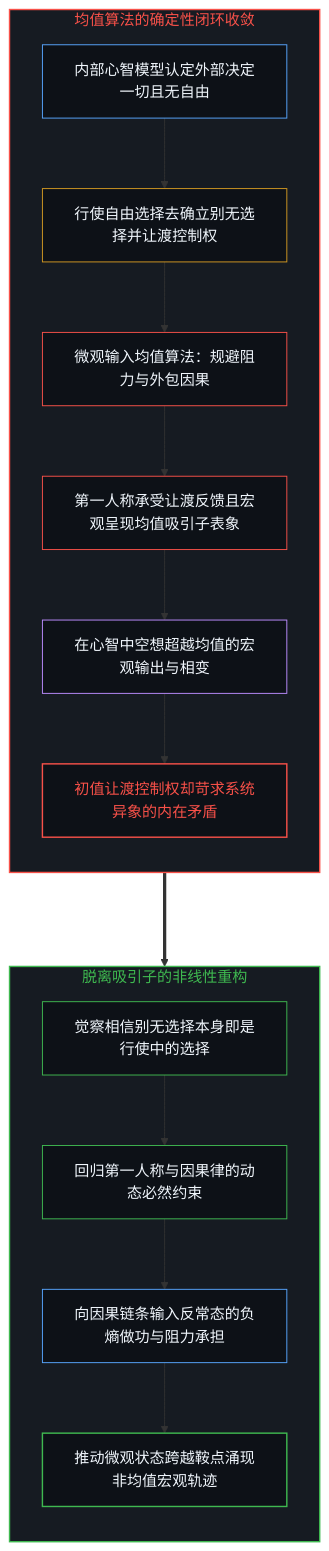
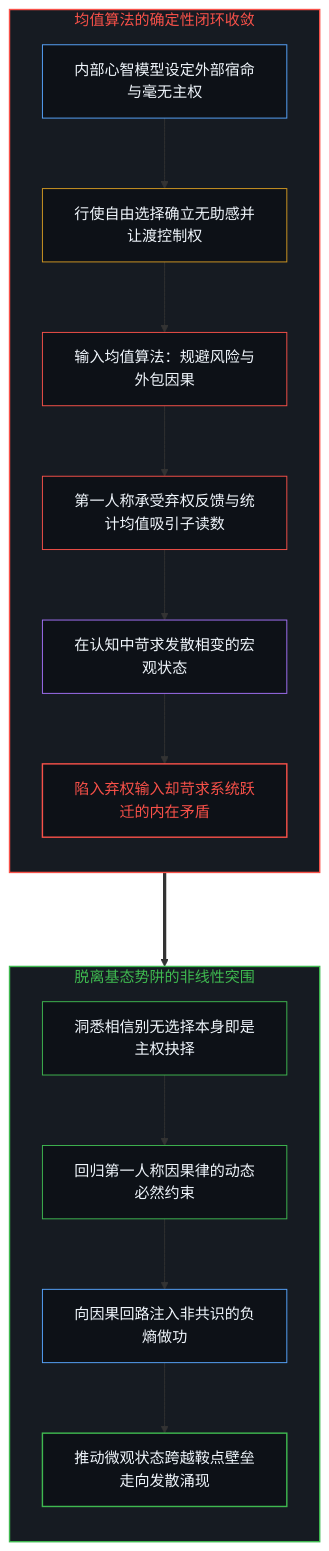
The third of 10 diagrams in content/posts/the-explanatory-trap-of-the-ordinary-perspective.md (powerpig99/not-a-toe), drawn with Mermaid before and after one commit. The commit also changed other lines of this file and 12 other files, not shown here.

````diff
--- a/content/posts/the-explanatory-trap-of-the-ordinary-perspective.md
+++ b/content/posts/the-explanatory-trap-of-the-ordinary-perspective.md
@@ -93,33 +95,33 @@
 ```mermaid
-graph TD
+flowchart TD
     subgraph S_MeanAttractor ["均值算法的确定性闭环收敛"]
         direction TB
-        M_Model["内部心智模型认定外部决定一切且无自由"] --> M_Choice["行使自由选择去确立别无选择并让渡控制权"]
-        M_Choice --> M_Input["微观输入均值算法：规避阻力与外包因果"]
-        M_Input --> M_Attractor["第一人称承受让渡反馈且宏观呈现均值吸引子表象"]
-        M_Attractor --> M_Desire["在心智中空想超越均值的宏观输出与相变"]
-        M_Desire --> M_Conflict["初值让渡控制权却苛求系统异象的内在矛盾"]
+        M_Model["内部心智模型设定外部宿命与毫无主权"] --> M_Choice["行使自由选择确立无助感并让渡控制权"]
+        M_Choice --> M_Input["输入均值算法：规避风险与外包因果"]
+        M_Input --> M_Attractor["第一人称承受弃权反馈与统计均值吸引子读数"]
+        M_Attractor --> M_Desire["在认知中苛求发散相变的宏观状态"]
+        M_Desire --> M_Conflict["陷入弃权输入却苛求系统跃迁的内在矛盾"]
     end
 
-    subgraph S_DivergentEngine ["脱离吸引子的非线性重构"]
+    subgraph S_DivergentEngine ["脱离基态势阱的非线性突围"]
         direction TB
-        D_Break["觉察相信别无选择本身即是行使中的选择"] --> D_Reclaim["回归第一人称与因果律的动态必然约束"]
-        D_Reclaim --> D_Input["向因果链条输入反常态的负熵做功与阻力承担"]
-        D_Input --> D_Emerge["推动微观状态跨越鞍点涌现非均值宏观轨迹"]
+        D_Break["洞悉相信别无选择本身即是主权抉择"] --> D_Reclaim["回归第一人称因果律的动态必然约束"]
+        D_Reclaim --> D_Input["向因果回路注入非共识的负熵做功"]
+        D_Input --> D_Emerge["推动微观状态跨越鞍点壁垒走向发散涌现"]
     end
 
     M_Conflict ===> D_Break
 
     style S_MeanAttractor fill:#161b22,stroke:#f85149,stroke-width:1.5px,color:#f85149
     style S_DivergentEngine fill:#161b22,stroke:#3fb950,stroke-width:1.5px,color:#3fb950
     style M_Model fill:#0d1117,stroke:#58a6ff,stroke-width:1px,color:#f0f6fc
     style M_Choice fill:#0d1117,stroke:#d29922,stroke-width:1px,color:#f0f6fc
     style M_Input fill:#0d1117,stroke:#f85149,stroke-width:1px,color:#f0f6fc
     style M_Attractor fill:#0d1117,stroke:#f85149,stroke-width:1px,color:#f0f6fc
-    style M_Desire fill:#0d1117,stroke:#bc8cff,stroke-width:1px,color:#f0f6fc
+    style M_Desire fill:#0d1117,stroke:#a371f7,stroke-width:1px,color:#f0f6fc
     style M_Conflict fill:#0d1117,stroke:#f85149,stroke-width:1.5px,color:#f85149
     style D_Break fill:#0d1117,stroke:#3fb950,stroke-width:1px,color:#f0f6fc
     style D_Reclaim fill:#0d1117,stroke:#3fb950,stroke-width:1px,color:#f0f6fc
     style D_Input fill:#0d1117,stroke:#58a6ff,stroke-width:1px,color:#f0f6fc
     style D_Emerge fill:#0d1117,stroke:#3fb950,stroke-width:1.5px,color:#f0f6fc
 ```
````
